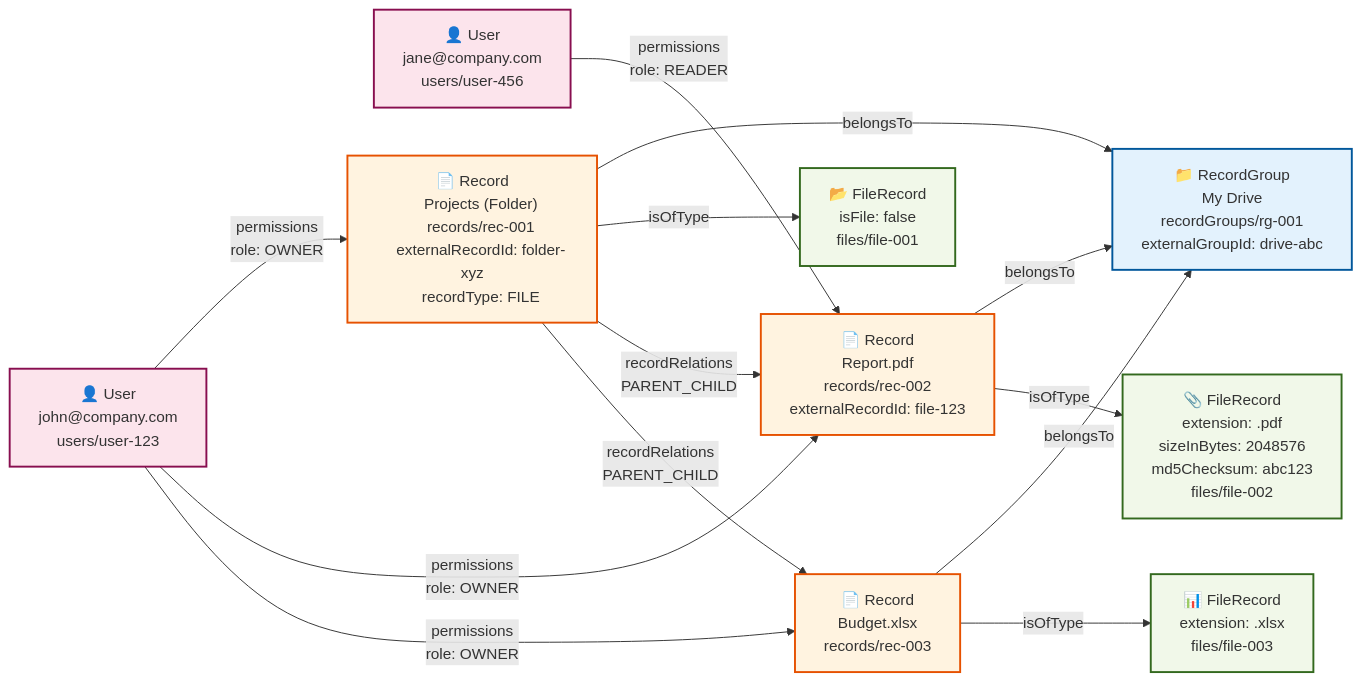
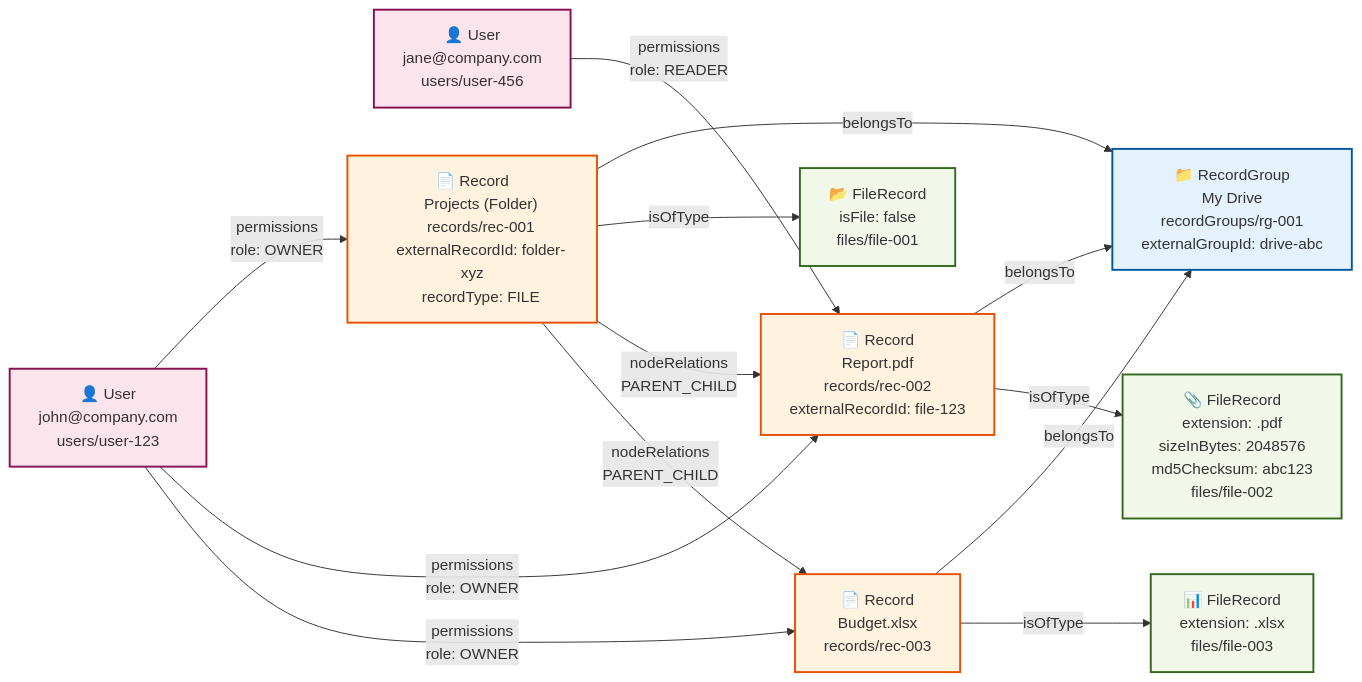
One commit to pipeshub-ai/pipeshub-ai changed the third of 3 diagrams in CONNECTOR_INTEGRATION_PLAYBOOK.md. Above: the diagram before and after it, drawn with Mermaid. The commit also changed other lines of this file and 2 other files, not shown here.

```diff
--- a/CONNECTOR_INTEGRATION_PLAYBOOK.md
+++ b/CONNECTOR_INTEGRATION_PLAYBOOK.md
@@ -445,9 +445,9 @@
     R3 -->|"isOfType"| F3
 
 
-    R1 -->|"recordRelations
+    R1 -->|"nodeRelations
     PARENT_CHILD"| R2
-    R1 -->|"recordRelations
+    R1 -->|"nodeRelations
     PARENT_CHILD"| R3
 
 
```
